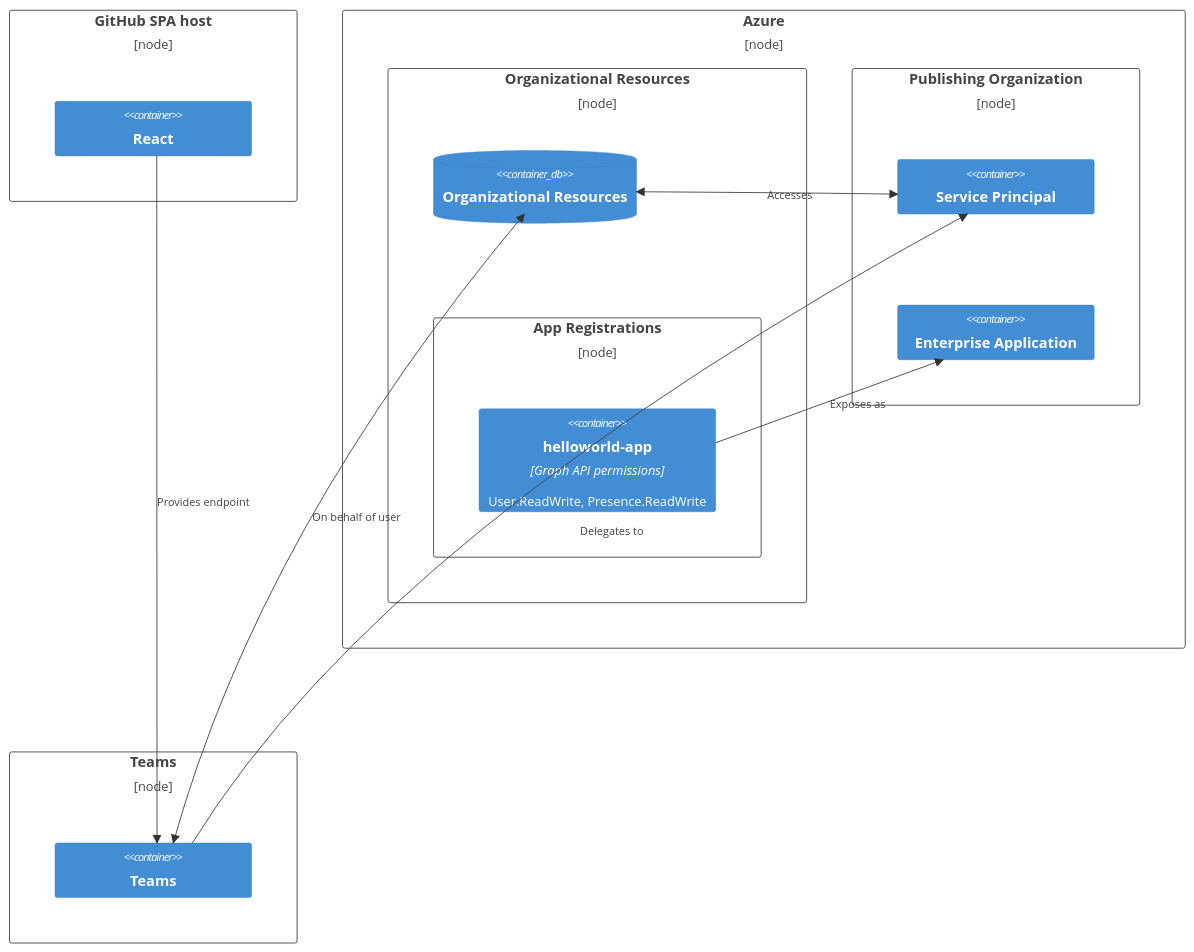
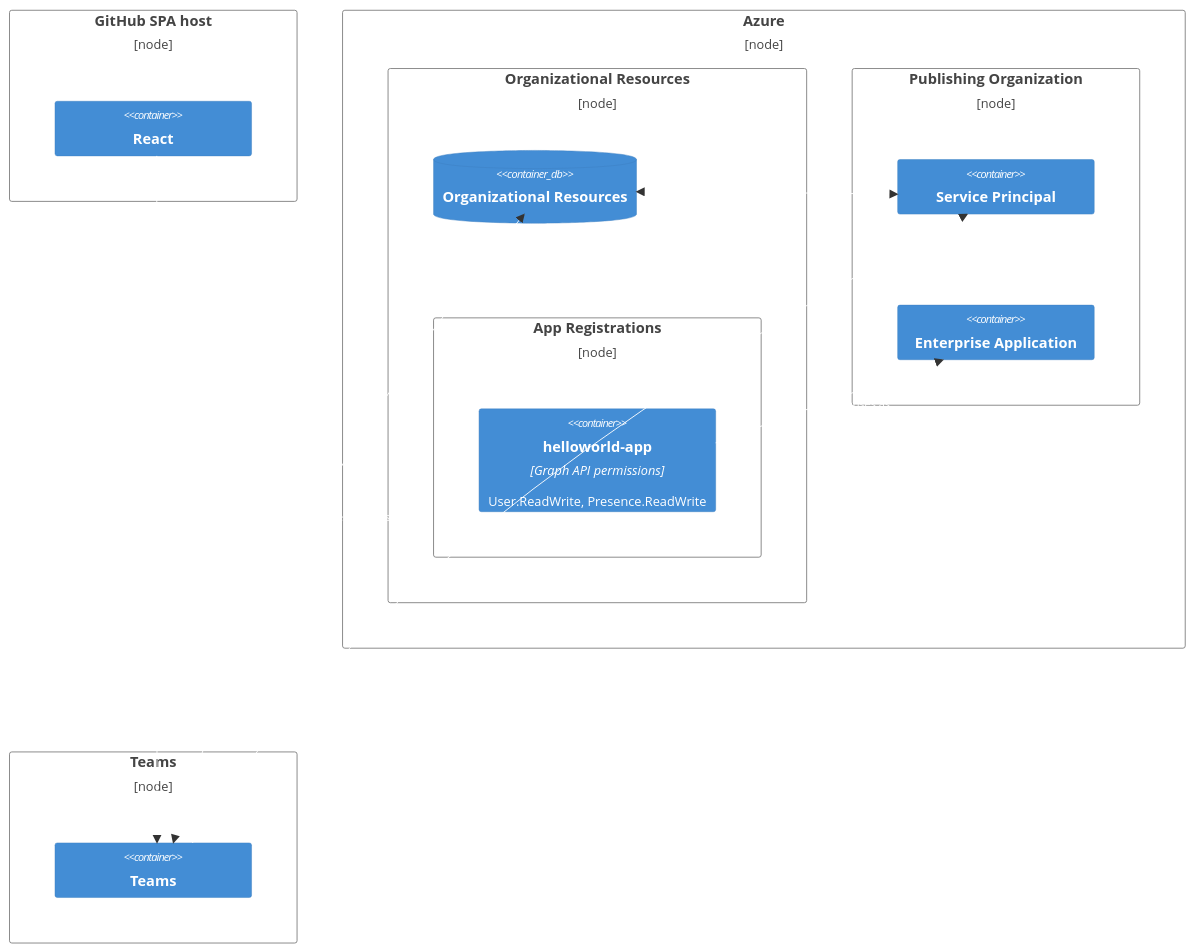
Before and after one commit to CynicDog/CynicDog.github.io: the diagram in _posts/2024-08-05-azure-entra-in-spa.md, drawn with Mermaid.

````diff
--- a/_posts/2024-08-05-azure-entra-in-spa.md
+++ b/_posts/2024-08-05-azure-entra-in-spa.md
@@ -20,35 +20,46 @@
 ```mermaid
 C4Deployment
     title  
     
     Deployment_Node(github, "GitHub SPA host") {
         Container(React, "React", "", "")
     }
 
     Deployment_Node(azure, "Azure") {
         Deployment_Node(organizationalResources, "Organizational Resources") {
         ContainerDb(Organizational_Resources, "Organizational Resources", "")
         
         Deployment_Node(appRegistrations, "App Registrations") {
                 Container(helloworld_app, "helloworld-app", "Graph API permissions", "User.ReadWrite, Presence.ReadWrite")
             }
         }
 
         Deployment_Node(publishingOrganization, "Publishing Organization") {
             Container(Service_Principal, "Service Principal", "", "")
             Container(Enterprise_Application, "Enterprise Application", "", "")        
         }
     }
         
     Deployment_Node(teams, "Teams") {
         Container(Teams, "Teams", "", "")
     }
     
     Rel(helloworld_app, Enterprise_Application, "Exposes as")
+    Rel(Teams, Service_Principal, "Delegates to")
+    Rel(React, Teams, "Provides endpoint")
     BiRel(Service_Principal, Organizational_Resources, "Accesses")
-    Rel(Teams, Service_Principal, "Delegates to")
     BiRel(Teams, Organizational_Resources, "On behalf of user")
-    Rel(React, Teams, "Provides endpoint")
 
-    UpdateRelStyle(Teams, Organizational_Resources, $offsetY="-15", $offsetX="-40")
+    UpdateElementStyle(azure, $borderColor="gray")
+    UpdateElementStyle(github, $borderColor="gray")
+    UpdateElementStyle(teams, $borderColor="gray")
+    UpdateElementStyle(organizationalResources, $borderColor="gray")
+    UpdateElementStyle(appRegistrations, $borderColor="gray")
+    UpdateElementStyle(publishingOrganization, $borderColor="gray")
+    
+    UpdateRelStyle(helloworld_app, Enterprise_Application, $textColor="white", $lineColor="white", ,$offsetX="5")
+    UpdateRelStyle(Teams, Service_Principal, $textColor="white", $lineColor="white")
+    UpdateRelStyle(React, Teams, $textColor="white", $lineColor="white", $offsetY="-15", $offsetX="-40")
+    UpdateRelStyle(Service_Principal, Organizational_Resources, $textColor="white", $lineColor="white", $offsetY="-15", $offsetX="-40")
+    UpdateRelStyle(Teams, Organizational_Resources, $textColor="white", $lineColor="white", $offsetY="-15", $offsetX="-40")
 ```
````
